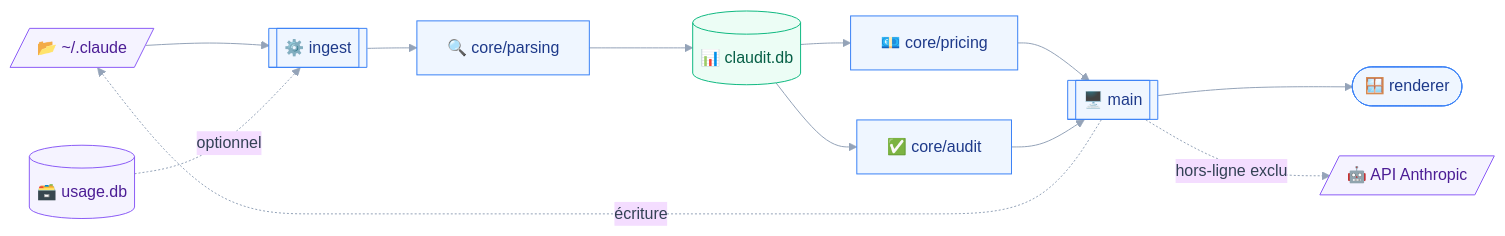
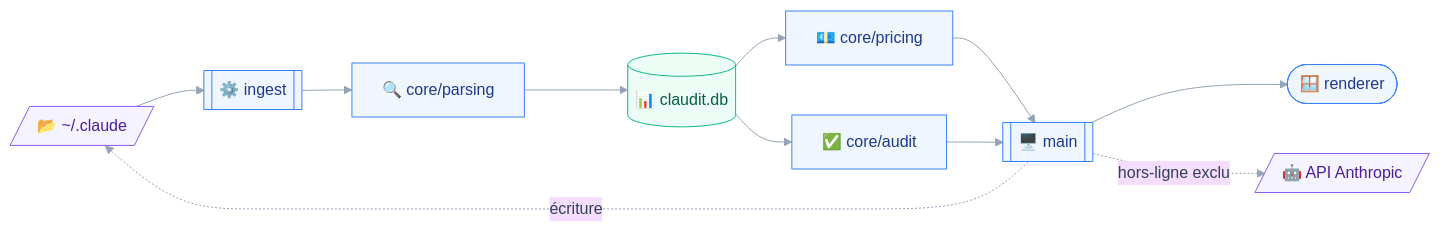
One commit to bryanbergerprojects/claudit changed the diagram in aidd_docs/INSTALL.md. Above: the diagram before and after it, drawn with Mermaid. The commit also changed other lines of this file and 7 other files, not shown here.

First line of the commit message:
docs: add roadmap and drop usage.db dependency

````diff
--- a/aidd_docs/INSTALL.md
+++ b/aidd_docs/INSTALL.md
@@ -76,31 +76,29 @@
 ```mermaid
 %%{init: {'theme':'base','themeVariables':{'fontFamily':'ui-sans-serif, system-ui, sans-serif','lineColor':'#94a3b8','primaryTextColor':'#334155'}}}%%
 flowchart LR
     SRC[/"📂 ~/.claude"/]
-    USG[("🗃️ usage.db")]
     ING[["⚙️ ingest"]]
     PAR["🔍 core/parsing"]
     PRI["💶 core/pricing"]
     AUD["✅ core/audit"]
     DB[("📊 claudit.db")]
     MAIN[["🖥️ main"]]
     UI(["🪟 renderer"])
     API[/"🤖 API Anthropic"/]
 
     SRC --> ING
-    USG -. "optionnel" .-> ING
     ING --> PAR --> DB
     DB --> PRI --> MAIN
     DB --> AUD --> MAIN
     MAIN --> UI
     MAIN -. "hors-ligne exclu" .-> API
     MAIN -. "écriture" .-> SRC
 
     classDef violet fill:#f5f3ff,stroke:#8b5cf6,color:#4c1d95
     classDef bleu fill:#eff6ff,stroke:#3b82f6,color:#1e3a8a
     classDef vert fill:#ecfdf5,stroke:#10b981,color:#065f46
 
-    class SRC,USG,API violet
+    class SRC,API violet
     class ING,PAR,PRI,AUD,MAIN,UI bleu
     class DB vert
 ```
````
